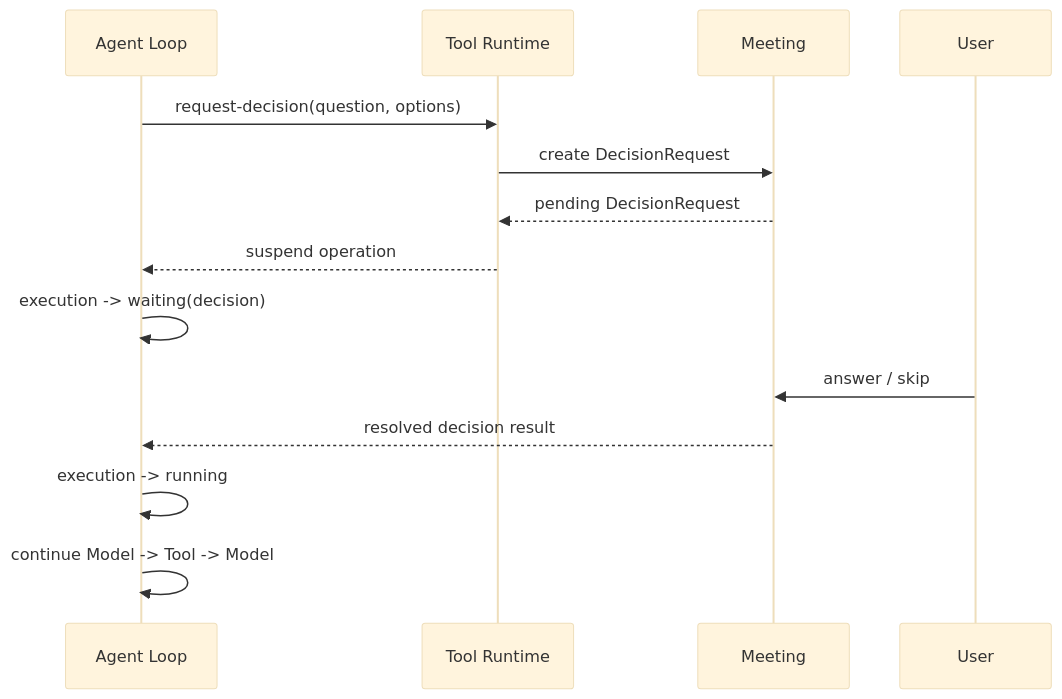
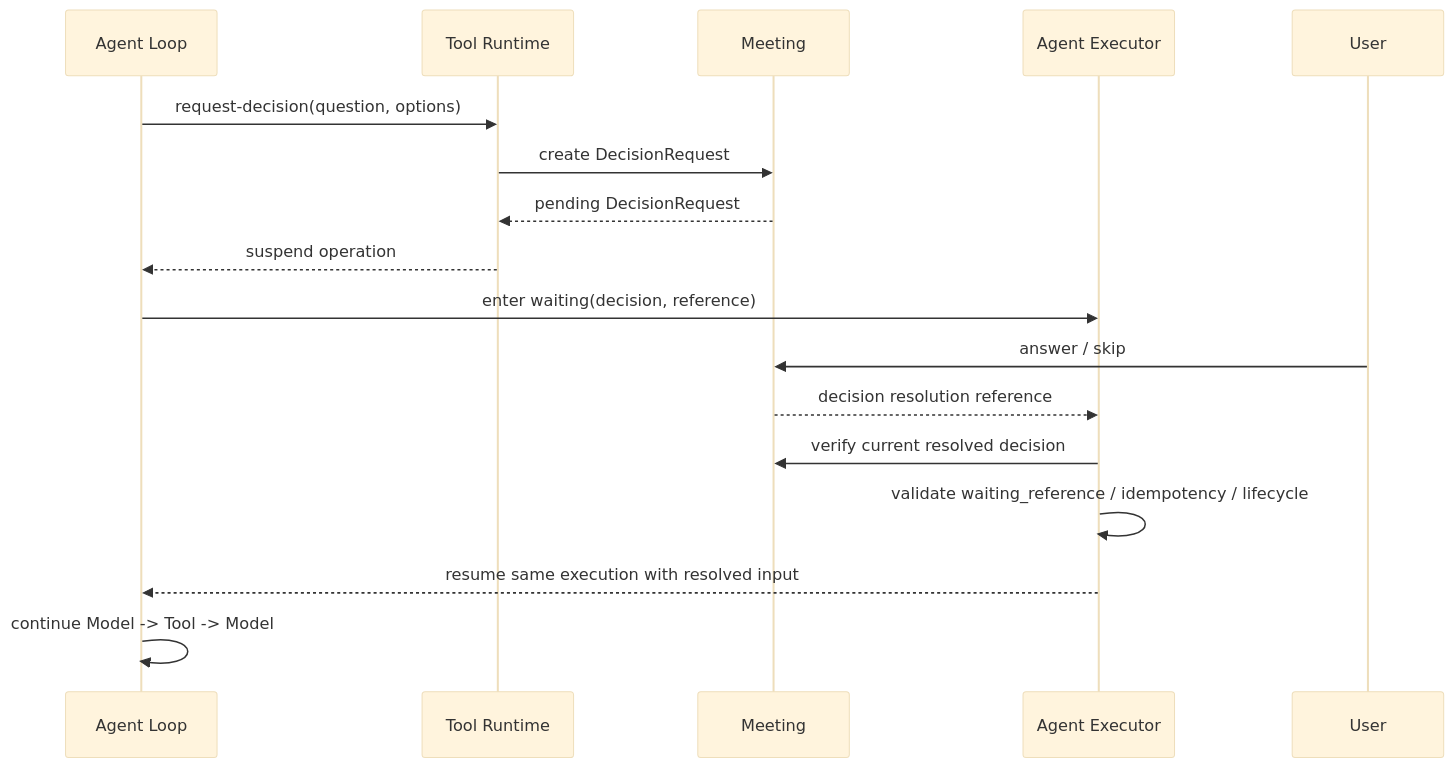
The fourth of 6 diagrams in docs/architecture/meeting/meeting-turn-runtime.md (LunaDeerTech/agenteam), drawn with Mermaid (base theme) before and after one commit. The commit also changed other lines of this file and 86 other files, not shown here.

````diff
--- a/docs/architecture/meeting/meeting-turn-runtime.md
+++ b/docs/architecture/meeting/meeting-turn-runtime.md
@@ -396,18 +400,21 @@
 ```mermaid
 sequenceDiagram
     participant L as Agent Loop
     participant T as Tool Runtime
     participant M as Meeting
+    participant E as Agent Executor
     participant U as User
 
     L->>T: request-decision(question, options)
     T->>M: create DecisionRequest
     M-->>T: pending DecisionRequest
     T-->>L: suspend operation
-    L->>L: execution -> waiting(decision)
+    L->>E: enter waiting(decision, reference)
 
     U->>M: answer / skip
-    M-->>L: resolved decision result
-    L->>L: execution -> running
+    M-->>E: decision resolution reference
+    E->>M: verify current resolved decision
+    E->>E: validate waiting_reference / idempotency / lifecycle
+    E-->>L: resume same execution with resolved input
     L->>L: continue Model -> Tool -> Model
 ```
````
